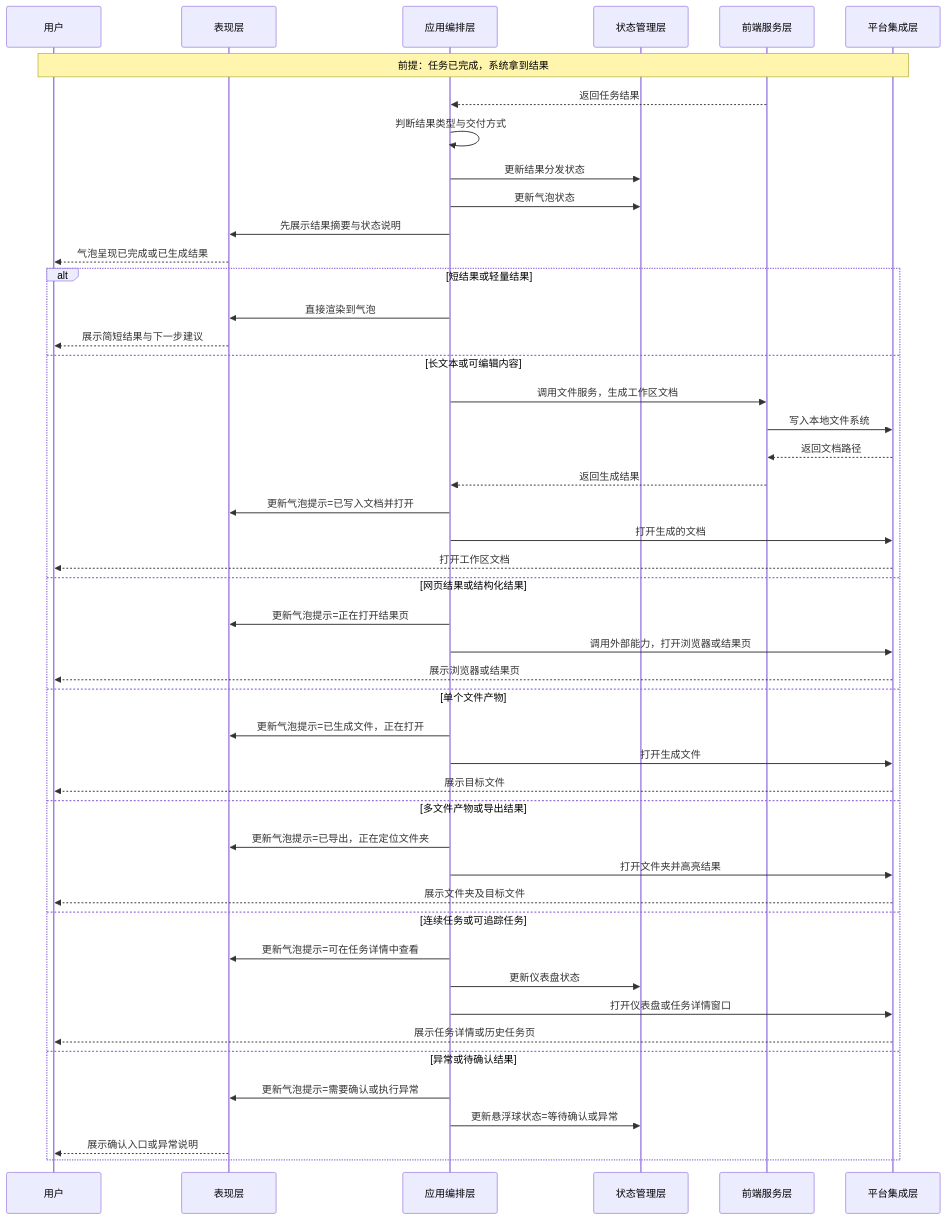
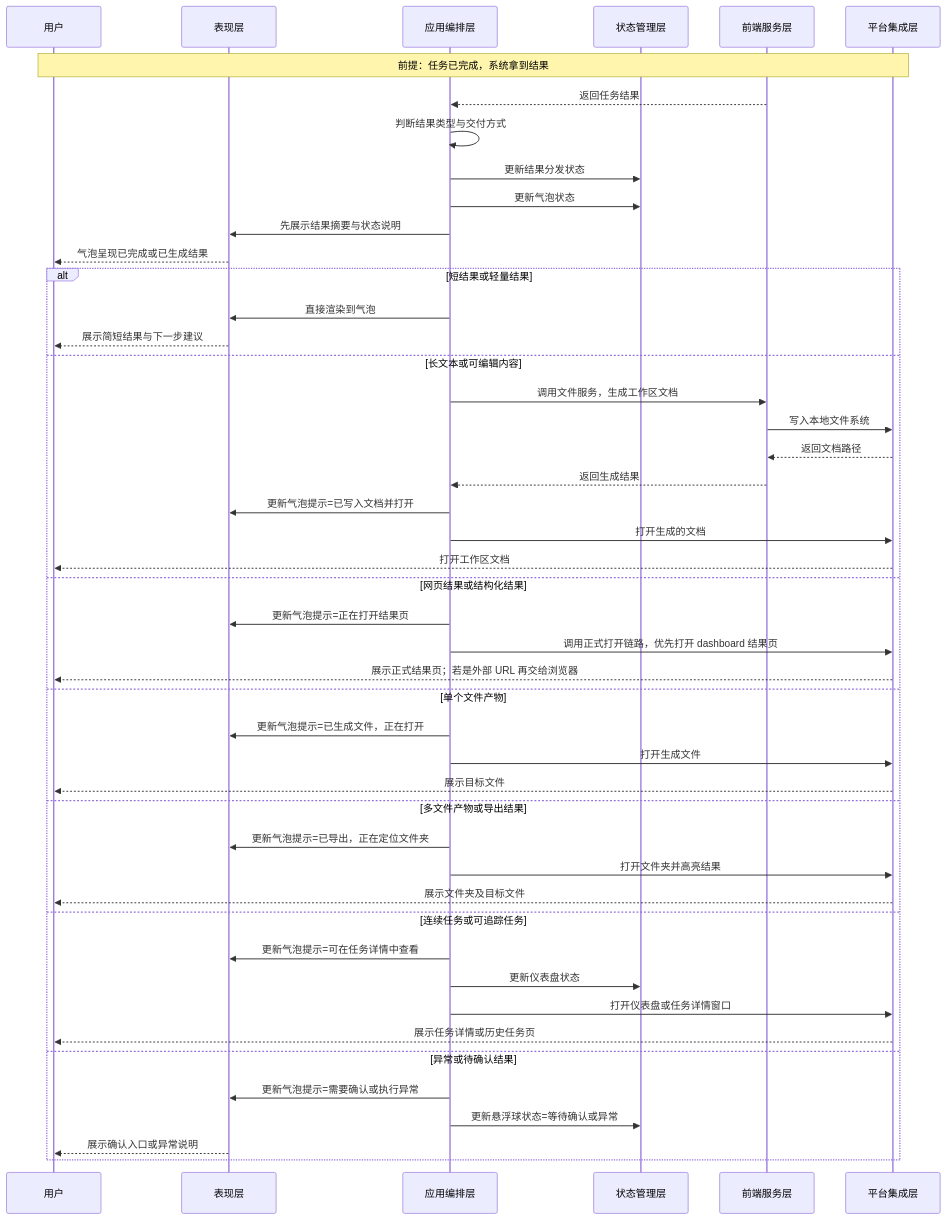
One commit to 1024XEngineer/CialloClaw changed diagram 34 of 39 in docs/module-design.md. Above: the diagram before and after it, drawn with Mermaid. The commit also changed 15 other files, not shown here.

First line of the commit message:
feat(result-page): complete formal delivery and dashboard open flow for browser results (#490)

````diff
--- a/docs/module-design.md
+++ b/docs/module-design.md
@@ -3080,52 +3080,52 @@
 ```mermaid
 sequenceDiagram
     participant U as 用户
     participant P as 表现层
     participant A as 应用编排层
     participant S as 状态管理层
     participant V as 前端服务层
     participant I as 平台集成层
 
     Note over U,I: 前提：任务已完成，系统拿到结果
 
     V-->>A: 返回任务结果
     A->>A: 判断结果类型与交付方式
     A->>S: 更新结果分发状态
     A->>S: 更新气泡状态
     A->>P: 先展示结果摘要与状态说明
     P-->>U: 气泡呈现已完成或已生成结果
 
     alt 短结果或轻量结果
         A->>P: 直接渲染到气泡
         P-->>U: 展示简短结果与下一步建议
     else 长文本或可编辑内容
         A->>V: 调用文件服务，生成工作区文档
         V->>I: 写入本地文件系统
         I-->>V: 返回文档路径
         V-->>A: 返回生成结果
         A->>P: 更新气泡提示=已写入文档并打开
         A->>I: 打开生成的文档
         I-->>U: 打开工作区文档
     else 网页结果或结构化结果
         A->>P: 更新气泡提示=正在打开结果页
-        A->>I: 调用外部能力，打开浏览器或结果页
-        I-->>U: 展示浏览器或结果页
+        A->>I: 调用正式打开链路，优先打开 dashboard 结果页
+        I-->>U: 展示正式结果页；若是外部 URL 再交给浏览器
     else 单个文件产物
         A->>P: 更新气泡提示=已生成文件，正在打开
         A->>I: 打开生成文件
         I-->>U: 展示目标文件
     else 多文件产物或导出结果
         A->>P: 更新气泡提示=已导出，正在定位文件夹
         A->>I: 打开文件夹并高亮结果
         I-->>U: 展示文件夹及目标文件
     else 连续任务或可追踪任务
         A->>P: 更新气泡提示=可在任务详情中查看
         A->>S: 更新仪表盘状态
         A->>I: 打开仪表盘或任务详情窗口
         I-->>U: 展示任务详情或历史任务页
     else 异常或待确认结果
         A->>P: 更新气泡提示=需要确认或执行异常
         A->>S: 更新悬浮球状态=等待确认或异常
         P-->>U: 展示确认入口或异常说明
     end
 ```
````
